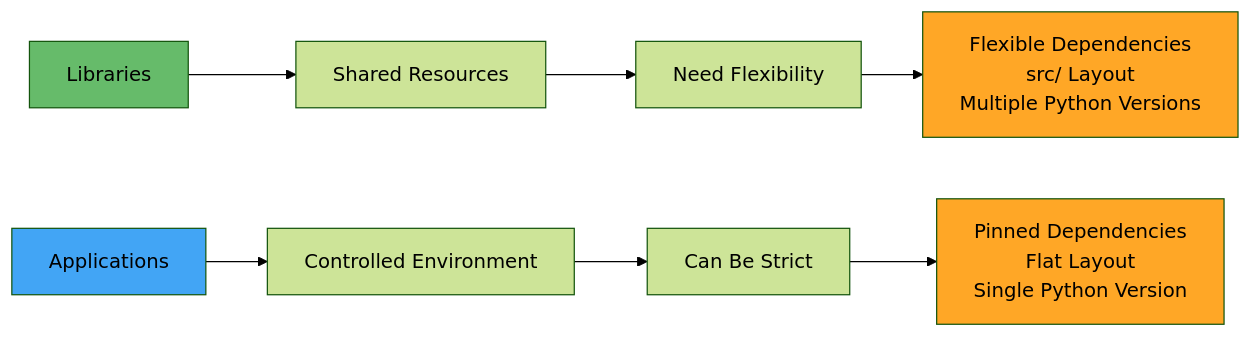
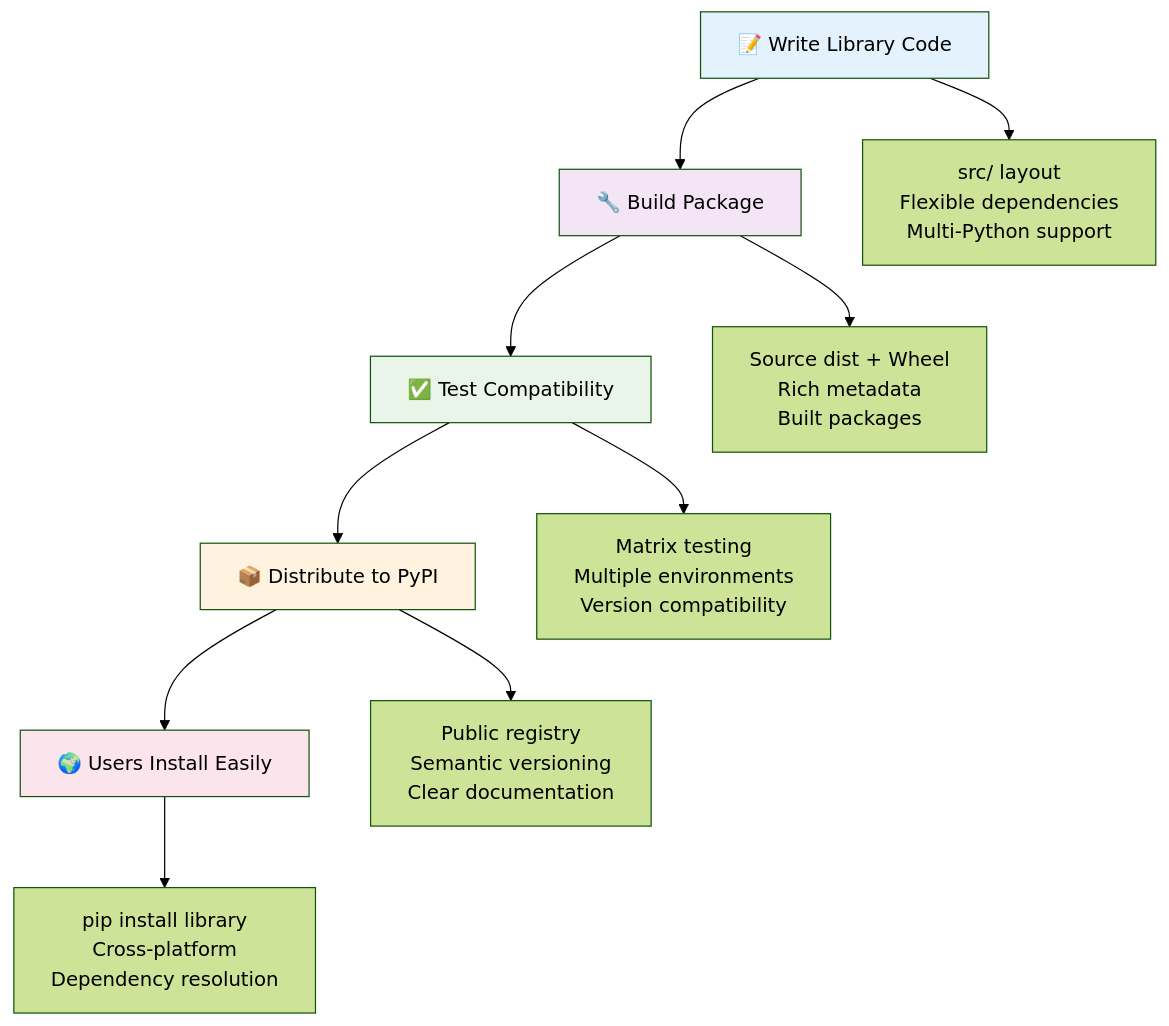
Before and after one commit to d2207197/slides-and-docs: the first of 2 diagrams in python-packaging-and-best-practices/sections/05-library-repository-structure.md, drawn with Mermaid (forest theme). The commit also changed other lines of this file and 1 other file, not shown here.

First line of the commit message:
Enhance library section with comprehensive improvements for presentation format

````diff
--- a/python-packaging-and-best-practices/sections/05-library-repository-structure.md
+++ b/python-packaging-and-best-practices/sections/05-library-repository-structure.md
@@ -18,15 +35,19 @@
 ```mermaid
-graph LR
-    A[Libraries] --> B[Shared Resources]
-    B --> C[Need Flexibility]
-    C --> D[Flexible Dependencies<br/>src/ Layout<br/>Multiple Python Versions]
-    
-    E[Applications] --> F[Controlled Environment]
-    F --> G[Can Be Strict]
-    G --> H[Pinned Dependencies<br/>Flat Layout<br/>Single Python Version]
-    
-    style A fill:#66bb6a
-    style E fill:#42a5f5
-    style D fill:#ffa726
-    style H fill:#ffa726
+graph TD
+    A[📝 Write Library Code] --> B[🔧 Build Package]
+    B --> C[✅ Test Compatibility]
+    C --> D[📦 Distribute to PyPI]
+    D --> E[🌍 Users Install Easily]
+
+    A --> A1["src/ layout<br/>Flexible dependencies<br/>Multi-Python support"]
+    B --> B1["Source dist + Wheel<br/>Rich metadata<br/>Built packages"]
+    C --> C1["Matrix testing<br/>Multiple environments<br/>Version compatibility"]
+    D --> D1["Public registry<br/>Semantic versioning<br/>Clear documentation"]
+    E --> E1["pip install library<br/>Cross-platform<br/>Dependency resolution"]
+
+    style A fill:#e3f2fd
+    style B fill:#f3e5f5
+    style C fill:#e8f5e8
+    style D fill:#fff3e0
+    style E fill:#fce4ec
 ```
````
